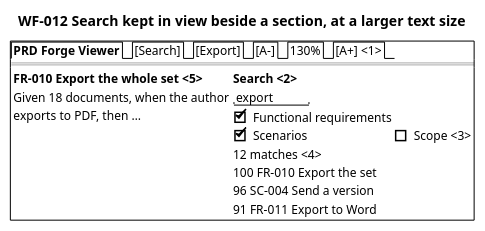
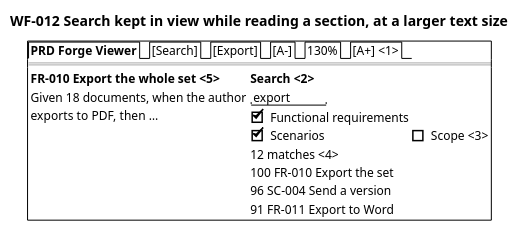
One commit to SpillwaveSolutions/prd-forge-viewer changed the diagram in docs/prd/prd-forge-viewer/diagrams/WF-012.puml. Above: the diagram before and after it, drawn with PlantUML. The commit also changed 34 other files, not shown here.

```diff
--- a/docs/prd/prd-forge-viewer/diagrams/WF-012.puml
+++ b/docs/prd/prd-forge-viewer/diagrams/WF-012.puml
@@ -1,23 +1,23 @@
 @startsalt
-title WF-012 Search kept in view beside a section, at a larger text size
+title WF-012 Search kept in view while reading a section, at a larger text size
 {+
   {/ <b>PRD Forge Viewer</b> | [Search] | [Export] | [A-] | 130% | [A+] <1> }
   ==
   {
     {
       <b>FR-010 Export the whole set <5>
       Given 18 documents, when the author
       exports to PDF, then …
     } | {
       <b>Search <2>
       "export   "
       [X] Functional requirements
       [X] Scenarios | [ ] Scope <3>
       12 matches <4>
       100 FR-010 Export the set
       96 SC-004 Send a version
       91 FR-011 Export to Word
     }
   }
 }
 @endsalt
```
